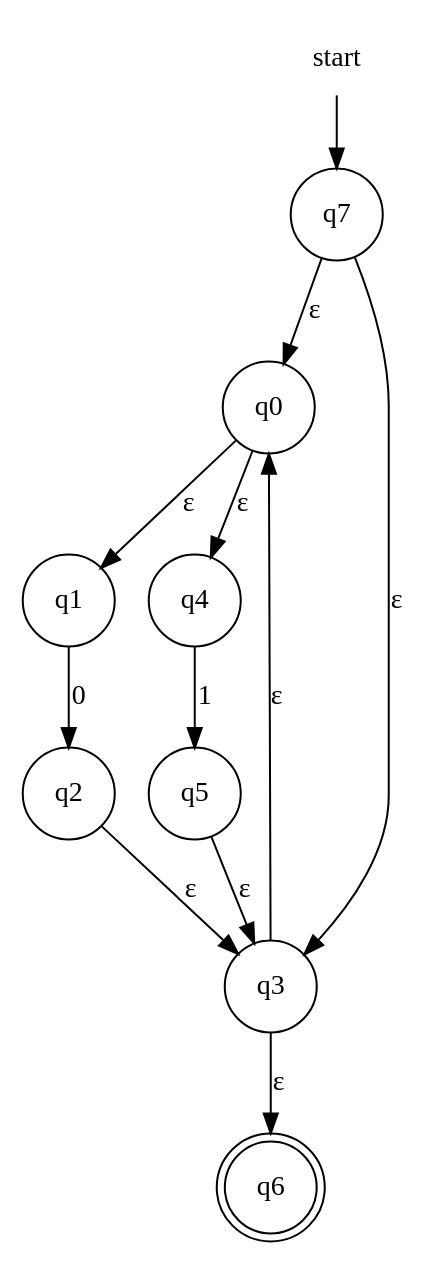
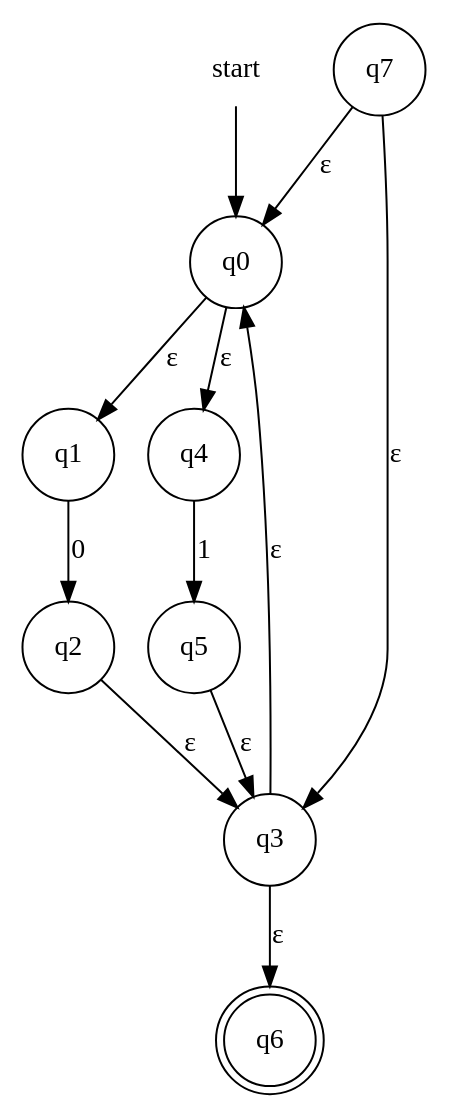
The diagram in fase1/RE-eNFA/regex_2.dot (evertheylen/TA_TO), drawn with Graphviz before and after one commit. The commit also changed 13 other files, not shown here.

```diff
--- a/fase1/RE-eNFA/regex_2.dot
+++ b/fase1/RE-eNFA/regex_2.dot
@@ -1,16 +1,16 @@
 digraph automaton {
     node [shape=none]; start;
     node [shape=doublecircle]; "q6";
     node [shape=circle];
-    start -> "q7";
+    start -> "q0";
     "q0" -> "q1" [label="&epsilon;"];
     "q0" -> "q4" [label="&epsilon;"];
     "q1" -> "q2" [label="0"];
     "q2" -> "q3" [label="&epsilon;"];
     "q3" -> "q0" [label="&epsilon;"];
     "q3" -> "q6" [label="&epsilon;"];
     "q4" -> "q5" [label="1"];
     "q5" -> "q3" [label="&epsilon;"];
     "q7" -> "q0" [label="&epsilon;"];
     "q7" -> "q3" [label="&epsilon;"];
 }
```
